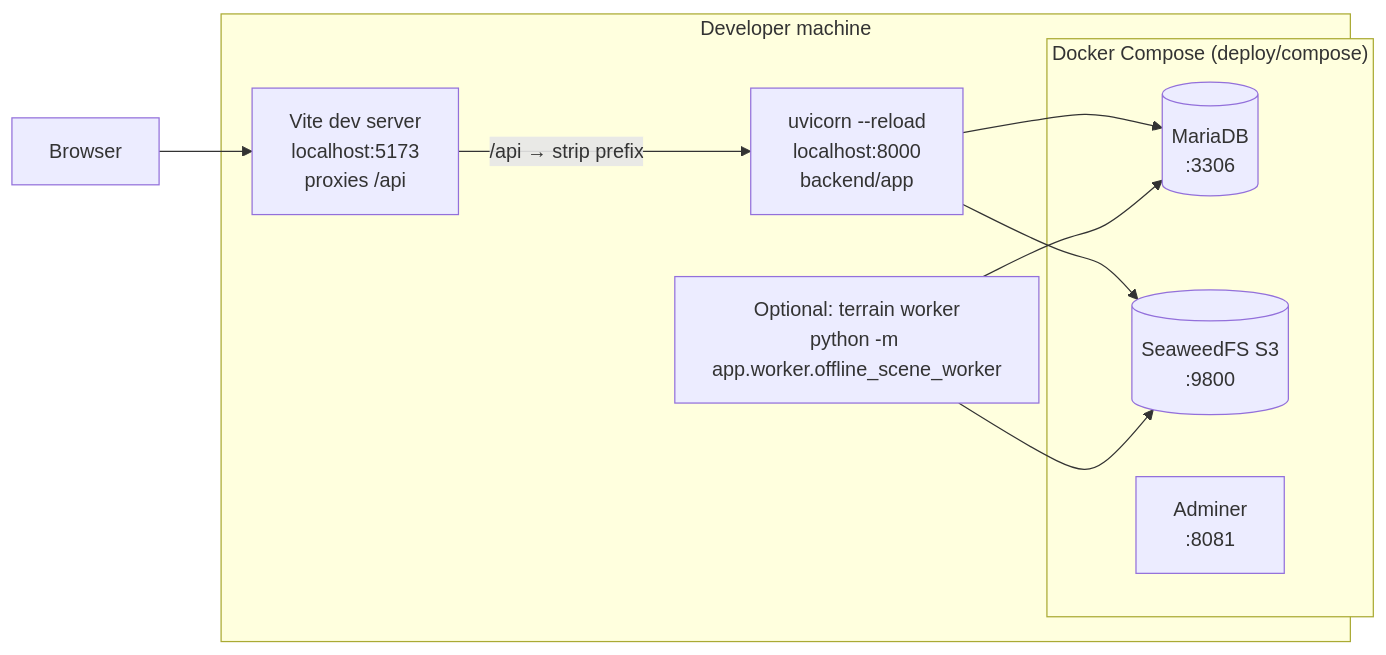
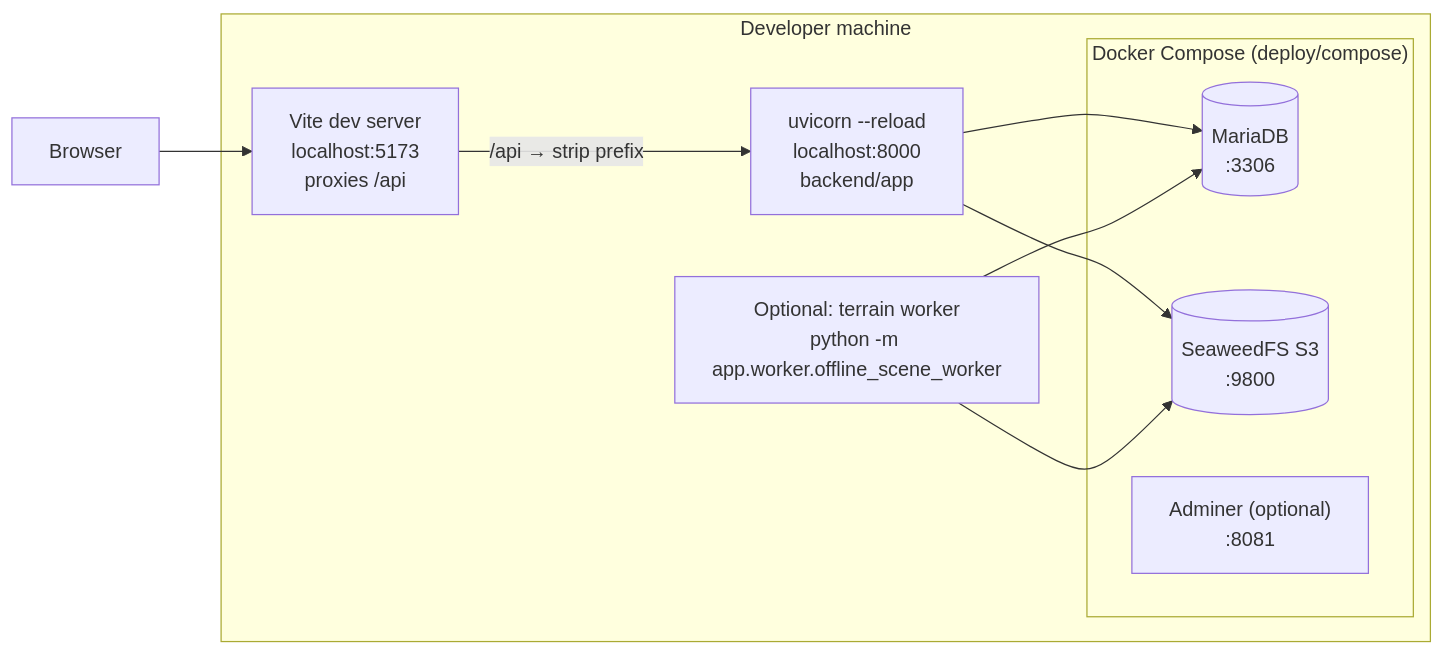
Before and after one commit to Alexeitor292/ERIS_REACT_native: the second of 4 diagrams in docs/architecture/deployment-topologies.md, drawn with Mermaid. The commit also changed other lines of this file and 42 other files, not shown here.

````diff
--- a/docs/architecture/deployment-topologies.md
+++ b/docs/architecture/deployment-topologies.md
@@ -31,19 +31,19 @@
 ```mermaid
 flowchart LR
     subgraph laptop["Developer machine"]
         vite["Vite dev server<br/>localhost:5173<br/>proxies /api"]
         uv["uvicorn --reload<br/>localhost:8000<br/>backend/app"]
         subgraph compose["Docker Compose (deploy/compose)"]
             mdb[("MariaDB<br/>:3306")]
             sfs[("SeaweedFS S3<br/>:9800")]
-            adm["Adminer<br/>:8081"]
+            adm["Adminer (optional)<br/>:8081"]
         end
         wk["Optional: terrain worker<br/>python -m app.worker.offline_scene_worker"]
     end
     browser["Browser"] --> vite
     vite -->|"/api → strip prefix"| uv
     uv --> mdb
     uv --> sfs
     wk --> mdb
     wk --> sfs
 ```
````
